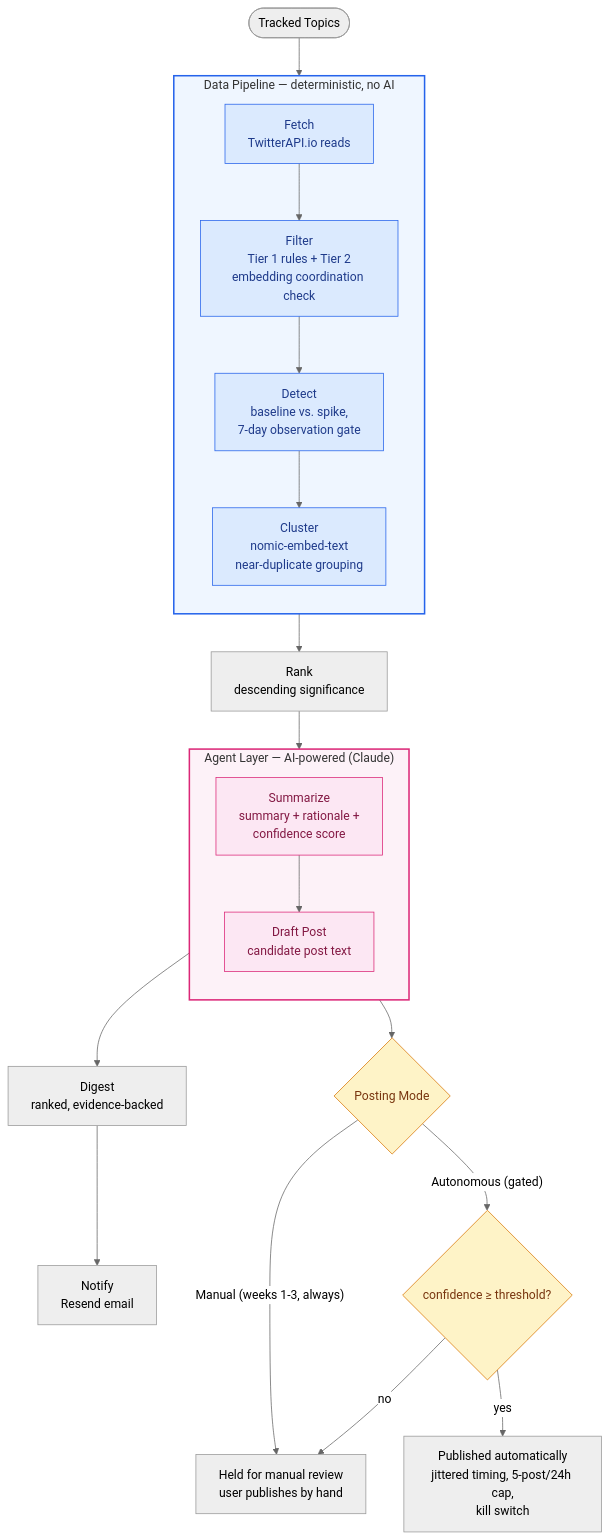
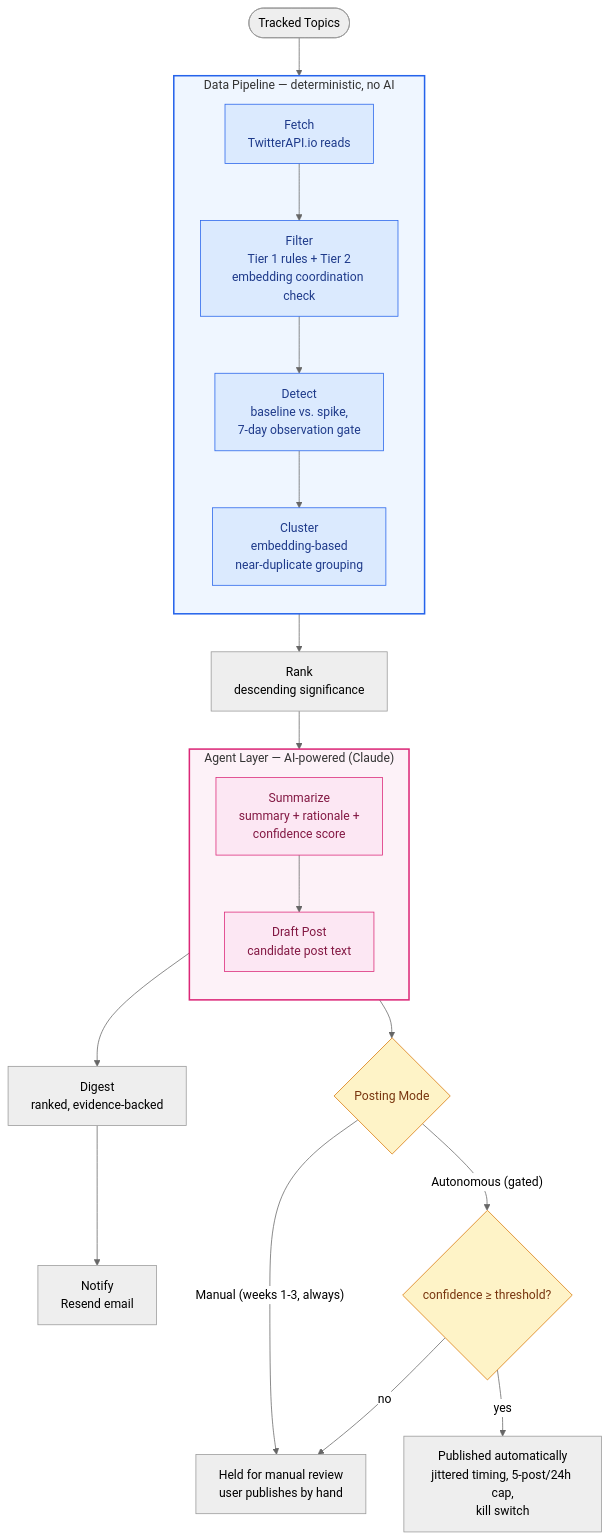
One commit to Bardiyashavandi/x-hype-finder changed the diagram in README.md. Above: the diagram before and after it, drawn with Mermaid (neutral theme). The commit also changed other lines of this file and 10 other files, not shown here.

````diff
--- a/README.md
+++ b/README.md
@@ -27,41 +27,41 @@
 ```mermaid
 graph TD
     Topics(["Tracked Topics"]) --> Fetch
 
     subgraph Pipeline["Data Pipeline — deterministic, no AI"]
         direction TB
         Fetch["Fetch<br/>TwitterAPI.io reads"] --> Filter["Filter<br/>Tier 1 rules + Tier 2<br/>embedding coordination check"]
         Filter --> Detect["Detect<br/>baseline vs. spike,<br/>7-day observation gate"]
-        Detect --> Cluster["Cluster<br/>nomic-embed-text<br/>near-duplicate grouping"]
+        Detect --> Cluster["Cluster<br/>embedding-based<br/>near-duplicate grouping"]
     end
 
     Cluster --> Rank["Rank<br/>descending significance"]
 
     subgraph AgentLayer["Agent Layer — AI-powered (Claude)"]
         direction TB
         Summarize["Summarize<br/>summary + rationale +<br/>confidence score"]
         DraftPost["Draft Post<br/>candidate post text"]
         Summarize --> DraftPost
     end
 
     Rank --> Summarize
 
     DraftPost --> Digest["Digest<br/>ranked, evidence-backed"]
     Digest --> Notify["Notify<br/>Resend email"]
 
     DraftPost --> Gate{"Posting Mode"}
     Gate -- "Manual (weeks 1-3, always)" --> Manual["Held for manual review<br/>user publishes by hand"]
     Gate -- "Autonomous (gated)" --> Threshold{"confidence ≥ threshold?"}
     Threshold -- "yes" --> AutoPost["Published automatically<br/>jittered timing, 5-post/24h cap,<br/>kill switch"]
     Threshold -- "no" --> Manual
 
     classDef pipelineNode fill:#dbeafe,stroke:#2563eb,color:#1e3a8a,stroke-width:1px
     classDef agentNode fill:#fce7f3,stroke:#db2777,color:#831843,stroke-width:1px
     classDef gateNode fill:#fef3c7,stroke:#d97706,color:#78350f,stroke-width:1px
     class Fetch,Filter,Detect,Cluster pipelineNode
     class Summarize,DraftPost agentNode
     class Gate,Threshold gateNode
 
     style Pipeline fill:#eff6ff,stroke:#2563eb,stroke-width:2px
     style AgentLayer fill:#fdf2f8,stroke:#db2777,stroke-width:2px
 ```
````
